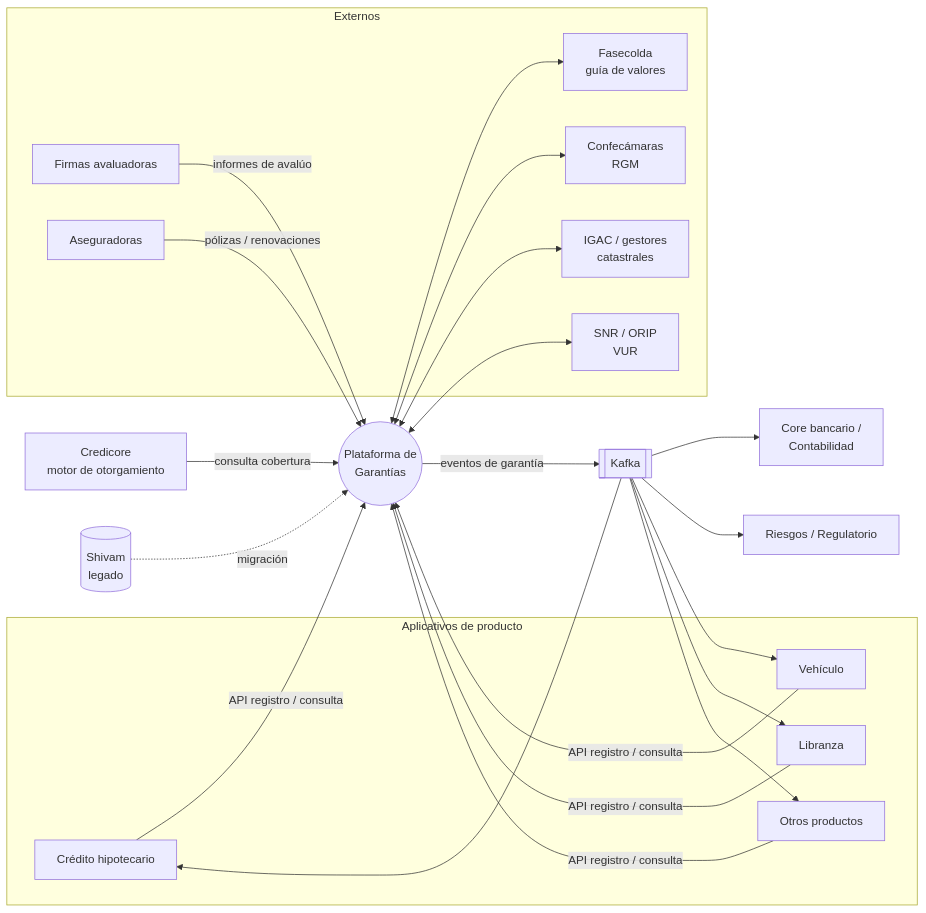
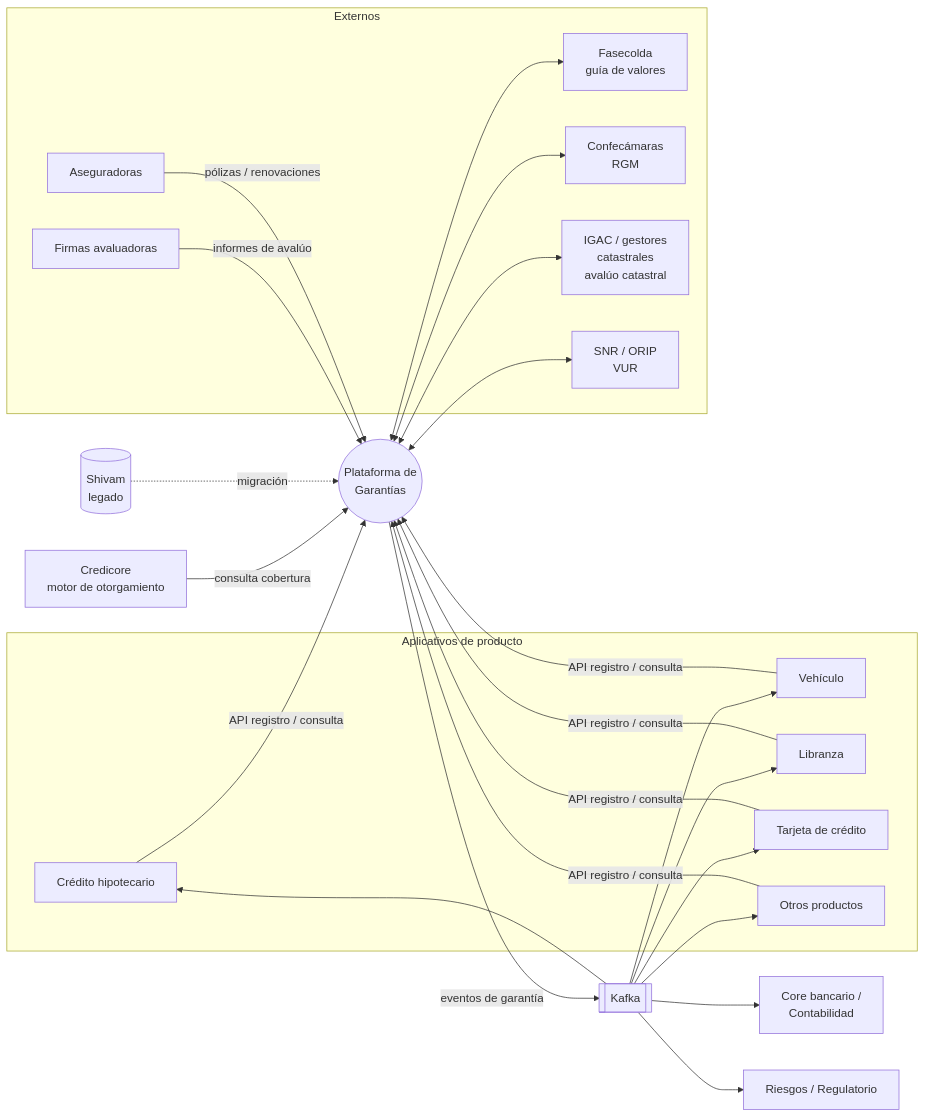
The first of 3 diagrams in docs/especificacion/ESPECIFICACION_FUNCIONAL.md (genesis-247/garantias-backend), drawn with Mermaid before and after one commit. The commit also changed other lines of this file, not shown here.

First line of the commit message:
docs: especificación v0.2 — avalúo catastral IGAC, tarjeta de crédito y motor de parametrización basado en Proceder

````diff
--- a/docs/especificacion/ESPECIFICACION_FUNCIONAL.md
+++ b/docs/especificacion/ESPECIFICACION_FUNCIONAL.md
@@ -88,35 +92,36 @@
 ```mermaid
 flowchart LR
   subgraph Origen["Aplicativos de producto"]
     HIP[Crédito hipotecario]
     VEH[Vehículo]
     LIB[Libranza]
+    TC[Tarjeta de crédito]
     OTR[Otros productos]
   end
 
   CRE[Credicore<br/>motor de otorgamiento]
   PG((Plataforma de<br/>Garantías))
   KAF[[Kafka]]
   SHI[(Shivam<br/>legado)]
 
   subgraph Externos
     FAS[Fasecolda<br/>guía de valores]
     RGM[Confecámaras<br/>RGM]
-    IGAC[IGAC / gestores<br/>catastrales]
+    IGAC[IGAC / gestores<br/>catastrales<br/>avalúo catastral]
     SNR[SNR / ORIP<br/>VUR]
     AVA[Firmas avaluadoras]
     ASE[Aseguradoras]
   end
 
   CORE[Core bancario /<br/>Contabilidad]
   RIE[Riesgos / Regulatorio]
 
-  HIP & VEH & LIB & OTR -- "API registro / consulta" --> PG
+  HIP & VEH & LIB & TC & OTR -- "API registro / consulta" --> PG
   CRE -- "consulta cobertura" --> PG
   PG -- "eventos de garantía" --> KAF
-  KAF --> HIP & VEH & LIB & OTR & CORE & RIE
+  KAF --> HIP & VEH & LIB & TC & OTR & CORE & RIE
   SHI -. "migración" .-> PG
   PG <--> FAS & RGM & IGAC & SNR
   AVA -- "informes de avalúo" --> PG
   ASE -- "pólizas / renovaciones" --> PG
 ```
````
